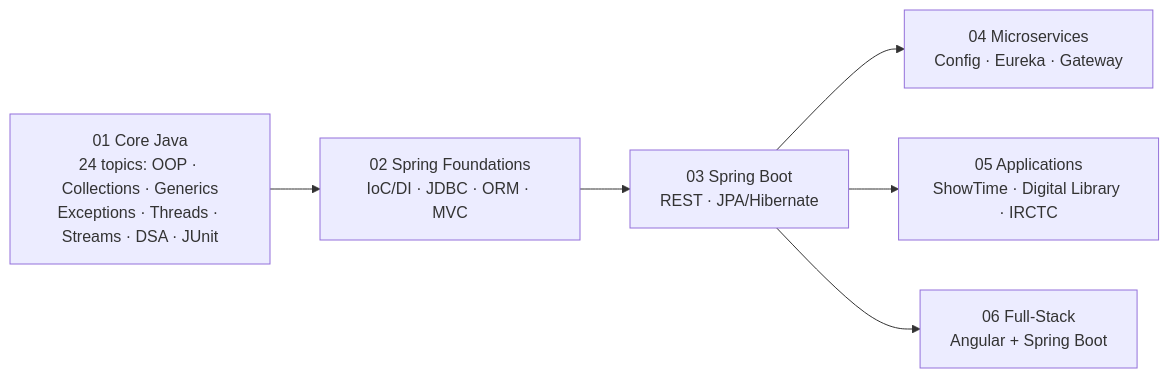
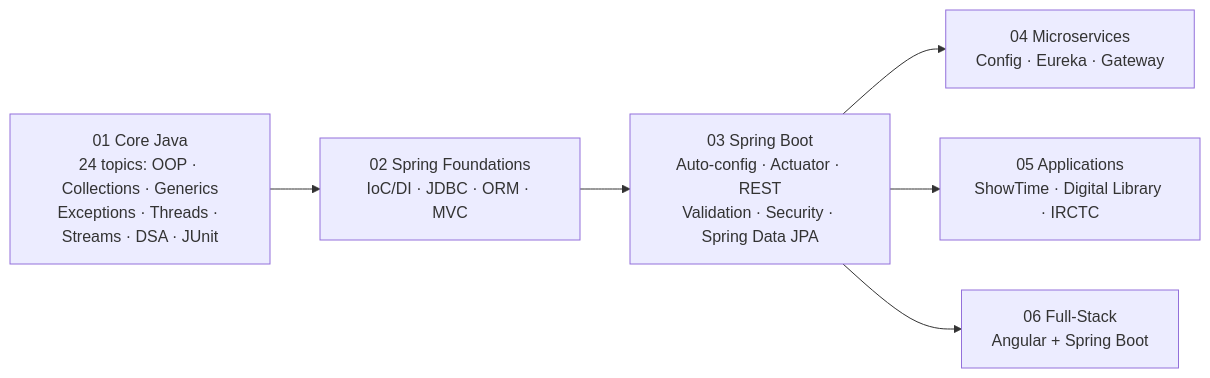
The diagram in README.md (adityachauhan564/spring-framework), drawn with Mermaid before and after one commit. The commit also changed other lines of this file and 9 other files, not shown here.

First line of the commit message:
build(spring-boot): stage build and docs for 03-spring-boot

````diff
--- a/README.md
+++ b/README.md
@@ -7,8 +7,8 @@
 ```mermaid
 flowchart LR
     A["01 Core Java<br/>24 topics: OOP · Collections · Generics<br/>Exceptions · Threads · Streams · DSA · JUnit"] --> B["02 Spring Foundations<br/>IoC/DI · JDBC · ORM · MVC"]
-    B --> C["03 Spring Boot<br/>REST · JPA/Hibernate"]
+    B --> C["03 Spring Boot<br/>Auto-config · Actuator · REST<br/>Validation · Security · Spring Data JPA"]
     C --> D["04 Microservices<br/>Config · Eureka · Gateway"]
     C --> E["05 Applications<br/>ShowTime · Digital Library · IRCTC"]
     C --> F["06 Full-Stack<br/>Angular + Spring Boot"]
 ```
````
